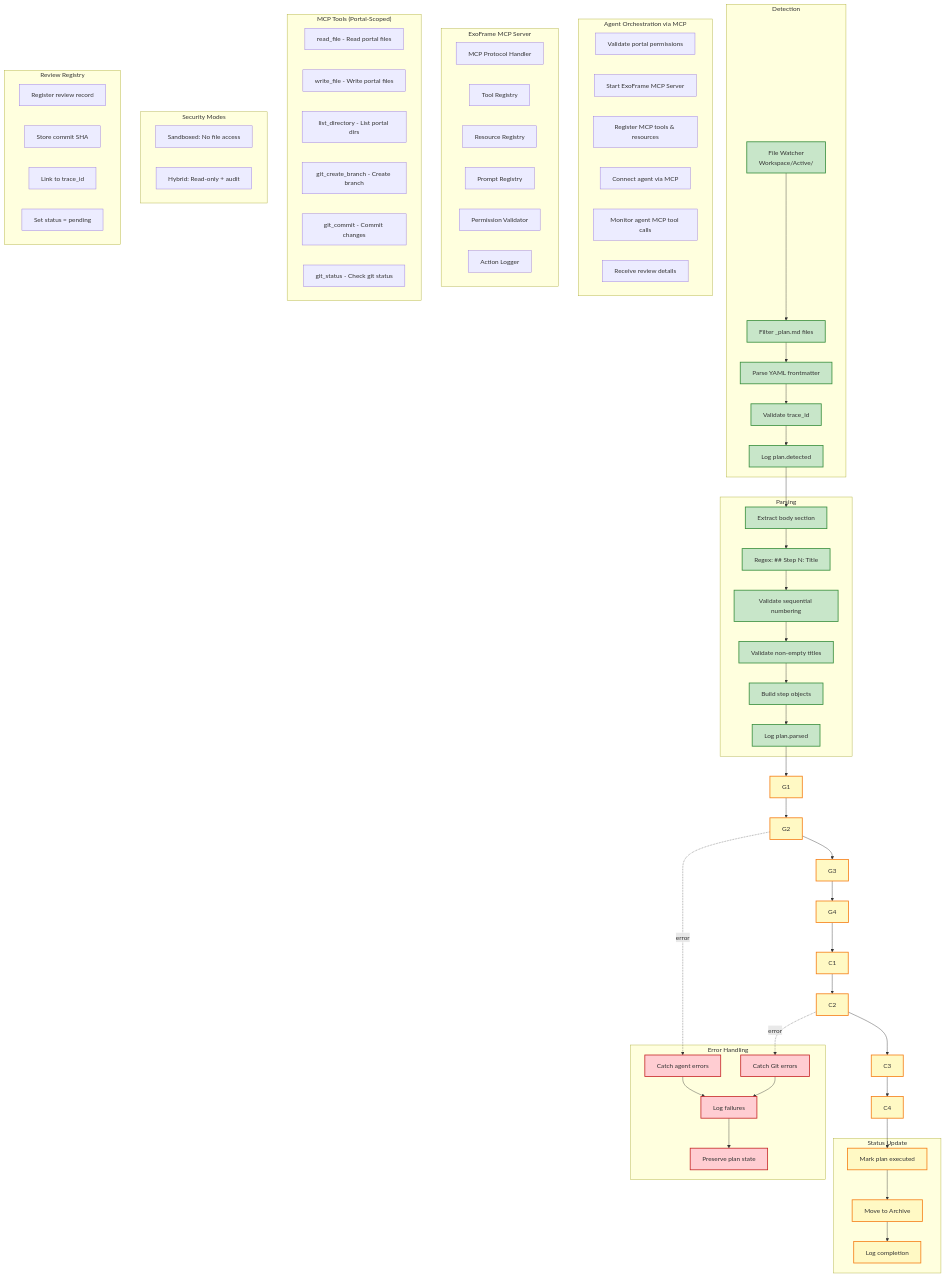
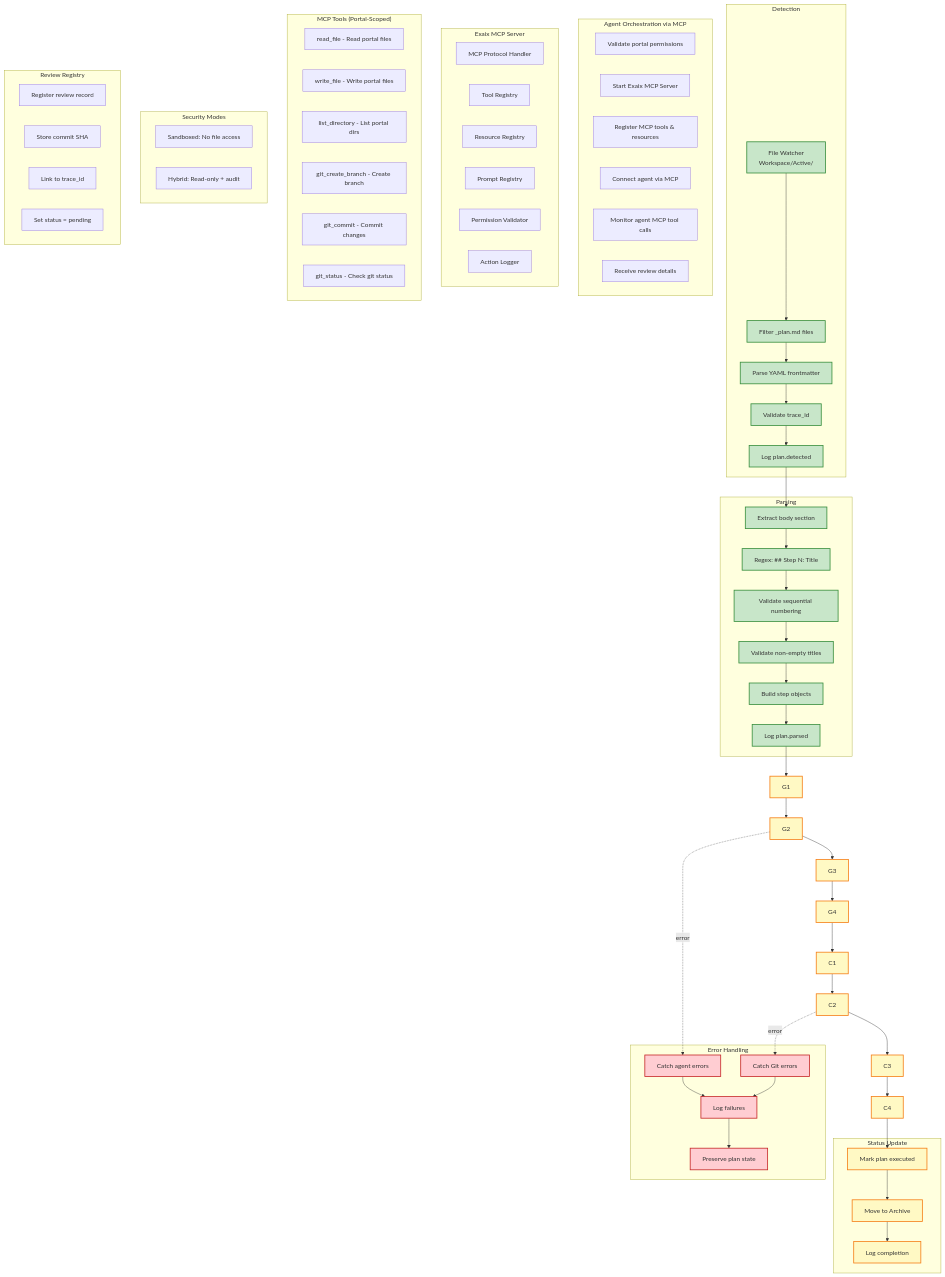
The fourth of 17 diagrams in ARCHITECTURE.md (dostark/exaix-public), drawn with Mermaid before and after one commit. The commit also changed other lines of this file and 664 other files, not shown here.

First line of the commit message:
refactor(rebranding): rename ExoFrame to Exaix across entire codebase

```diff
--- a/ARCHITECTURE.md
+++ b/ARCHITECTURE.md
@@ -532,14 +532,14 @@
 
     subgraph Orchestration[Agent Orchestration via MCP]
         O1[Validate portal permissions]
-        O2[Start ExoFrame MCP Server]
+        O2[Start Exaix MCP Server]
         O3[Register MCP tools & resources]
         O4[Connect agent via MCP]
         O5[Monitor agent MCP tool calls]
         O6[Receive review details]
     end
 
-    subgraph MCPServer["ExoFrame MCP Server"]
+    subgraph MCPServer["Exaix MCP Server"]
         M1[MCP Protocol Handler]
         M2[Tool Registry]
         M3[Resource Registry]
```
